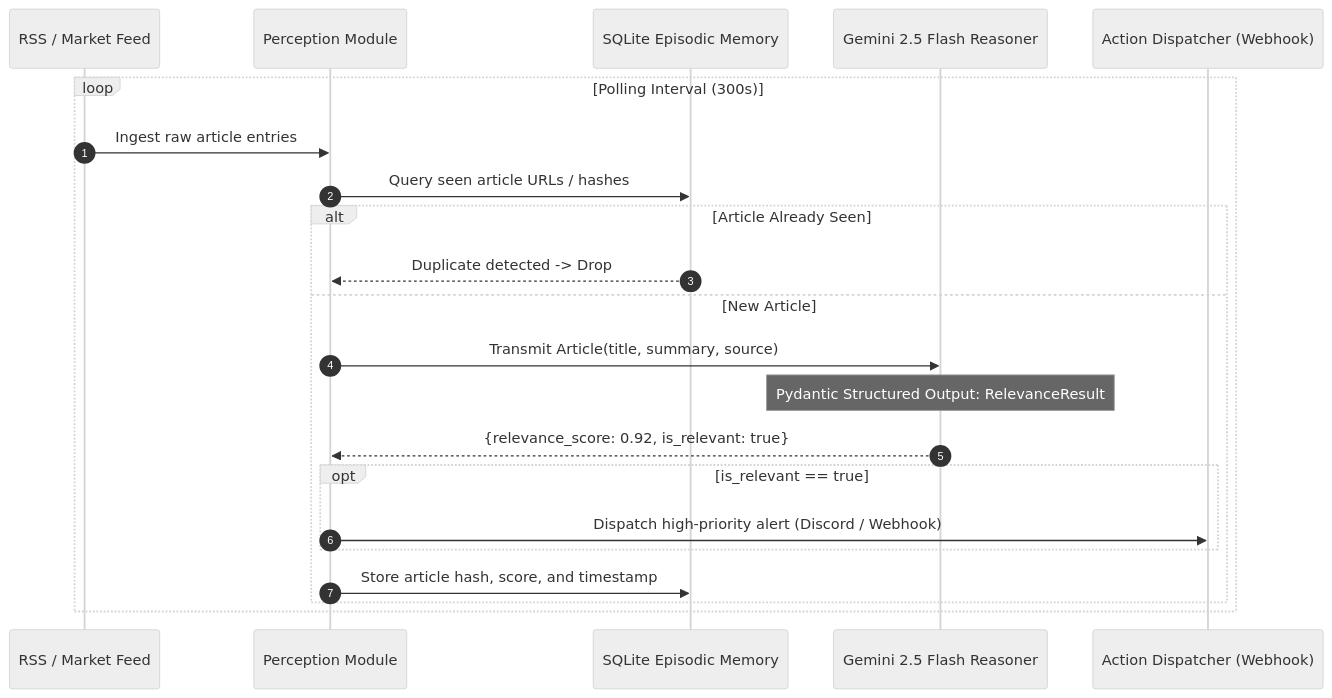
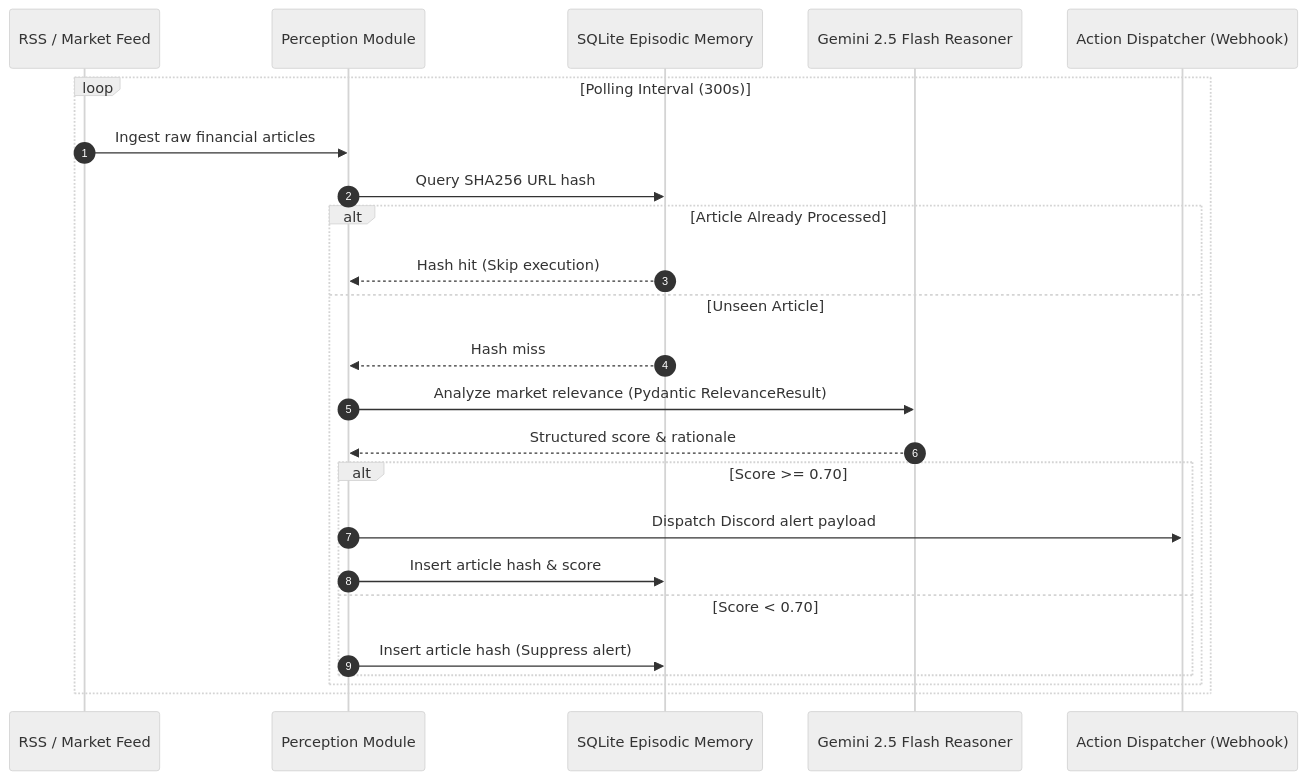
Before and after one commit to BigBro2454/pm-learning-agents: the third of 6 diagrams in README.md, drawn with Mermaid (neutral theme). The commit also changed other lines of this file and 14 other files, not shown here.

````diff
--- a/README.md
+++ b/README.md
@@ -141,25 +148,27 @@
 ```mermaid
 sequenceDiagram
     autonumber
     participant Feed as RSS / Market Feed
     participant P as Perception Module
     participant M as SQLite Episodic Memory
     participant R as Gemini 2.5 Flash Reasoner
     participant A as Action Dispatcher (Webhook)
 
     loop Polling Interval (300s)
-        Feed->>P: Ingest raw article entries
-        P->>M: Query seen article URLs / hashes
-        alt Article Already Seen
-            M-->>P: Duplicate detected -> Drop
-        else New Article
-            P->>R: Transmit Article(title, summary, source)
-            Note over R: Pydantic Structured Output: RelevanceResult
-            R-->>P: {relevance_score: 0.92, is_relevant: true}
-            opt is_relevant == true
-                P->>A: Dispatch high-priority alert (Discord / Webhook)
+        Feed->>P: Ingest raw financial articles
+        P->>M: Query SHA256 URL hash
+        alt Article Already Processed
+            M-->>P: Hash hit (Skip execution)
+        else Unseen Article
+            M-->>P: Hash miss
+            P->>R: Analyze market relevance (Pydantic RelevanceResult)
+            R-->>P: Structured score & rationale
+            alt Score >= 0.70
+                P->>A: Dispatch Discord alert payload
+                P->>M: Insert article hash & score
+            else Score < 0.70
+                P->>M: Insert article hash (Suppress alert)
             end
-            P->>M: Store article hash, score, and timestamp
         end
     end
 ```
````
